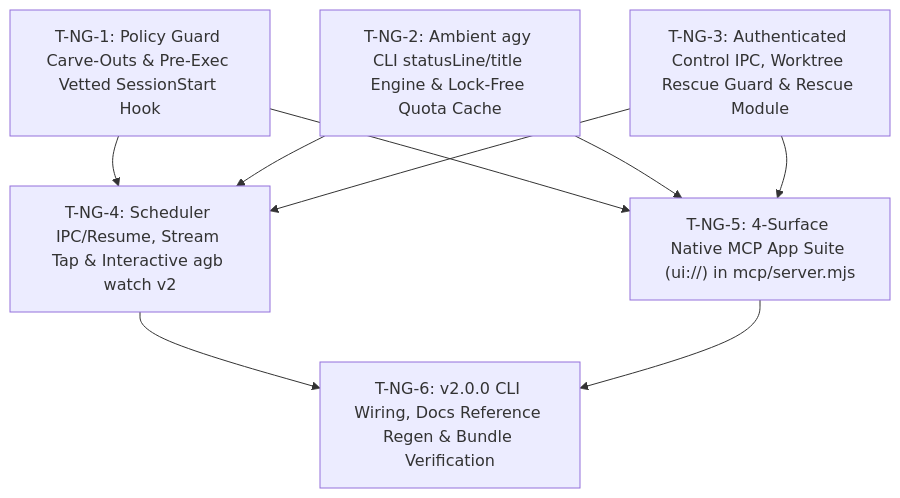
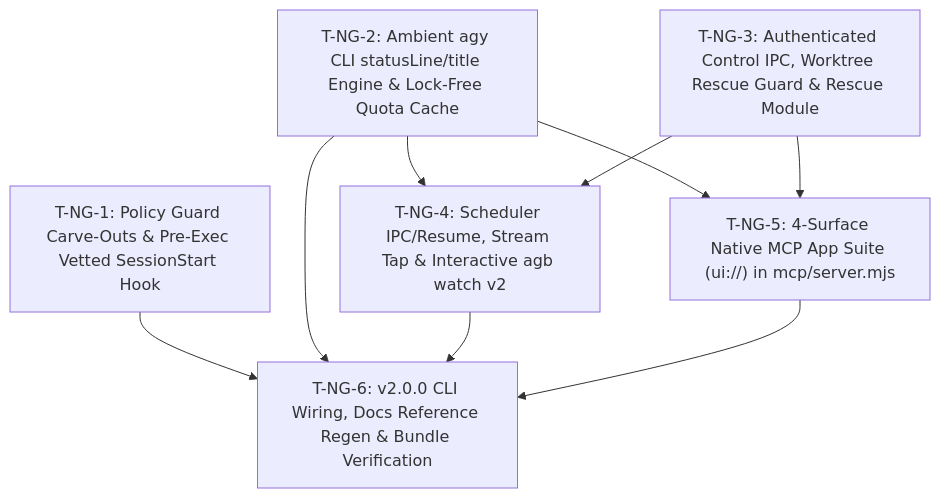
The diagram in specs/nextgen-cockpit-and-mcp-apps-spec.md (voodootikigod/antigravity-booster), drawn with Mermaid before and after one commit. The commit also changed other lines of this file, not shown here.

````diff
--- a/specs/nextgen-cockpit-and-mcp-apps-spec.md
+++ b/specs/nextgen-cockpit-and-mcp-apps-spec.md
@@ -39,18 +39,18 @@
 ```mermaid
 graph TD
     T1["T-NG-1: Policy Guard Carve-Outs & Pre-Exec Vetted SessionStart Hook"]
     T2["T-NG-2: Ambient agy CLI statusLine/title Engine & Lock-Free Quota Cache"]
     T3["T-NG-3: Authenticated Control IPC, Worktree Rescue Guard & Rescue Module"]
     T4["T-NG-4: Scheduler IPC/Resume, Stream Tap & Interactive agb watch v2"]
     T5["T-NG-5: 4-Surface Native MCP App Suite (ui://) in mcp/server.mjs"]
     T6["T-NG-6: v2.0.0 CLI Wiring, Docs Reference Regen & Bundle Verification"]
 
-    T1 --> T4
-    T1 --> T5
+    T1 --> T6
     T2 --> T4
     T2 --> T5
+    T2 --> T6
     T3 --> T4
     T3 --> T5
     T4 --> T6
     T5 --> T6
 ```
````
